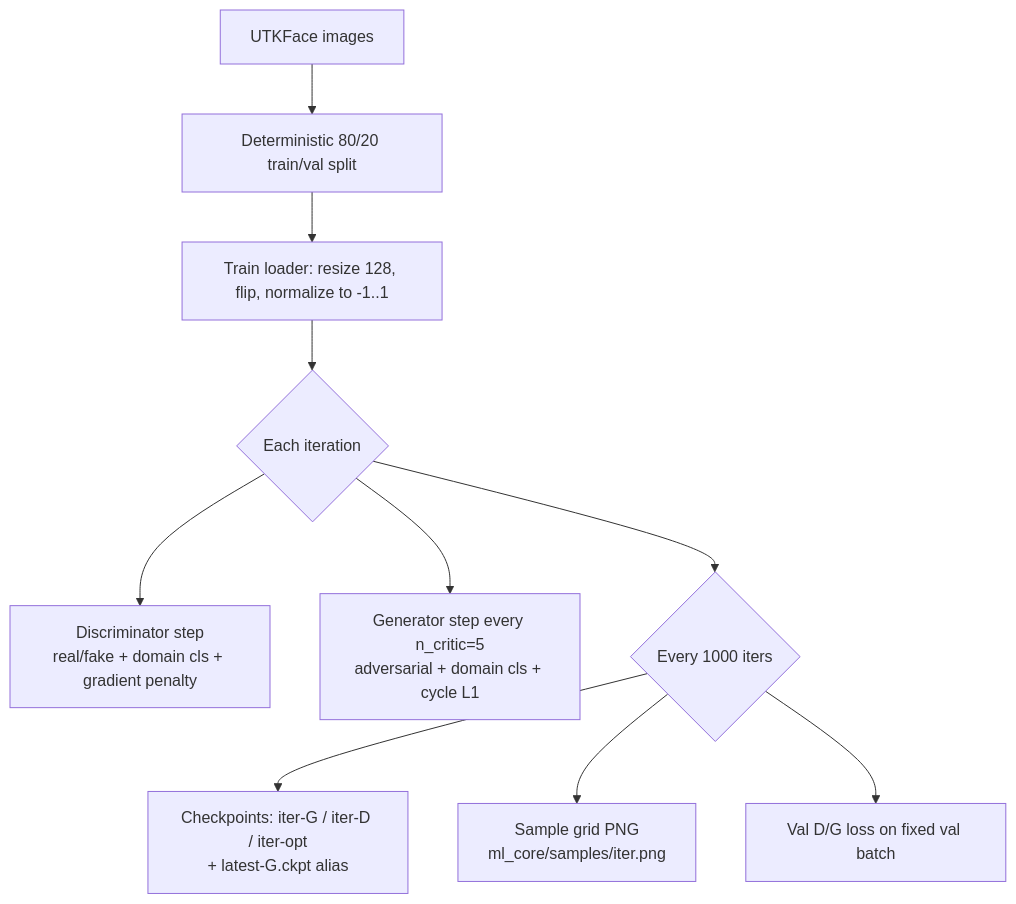
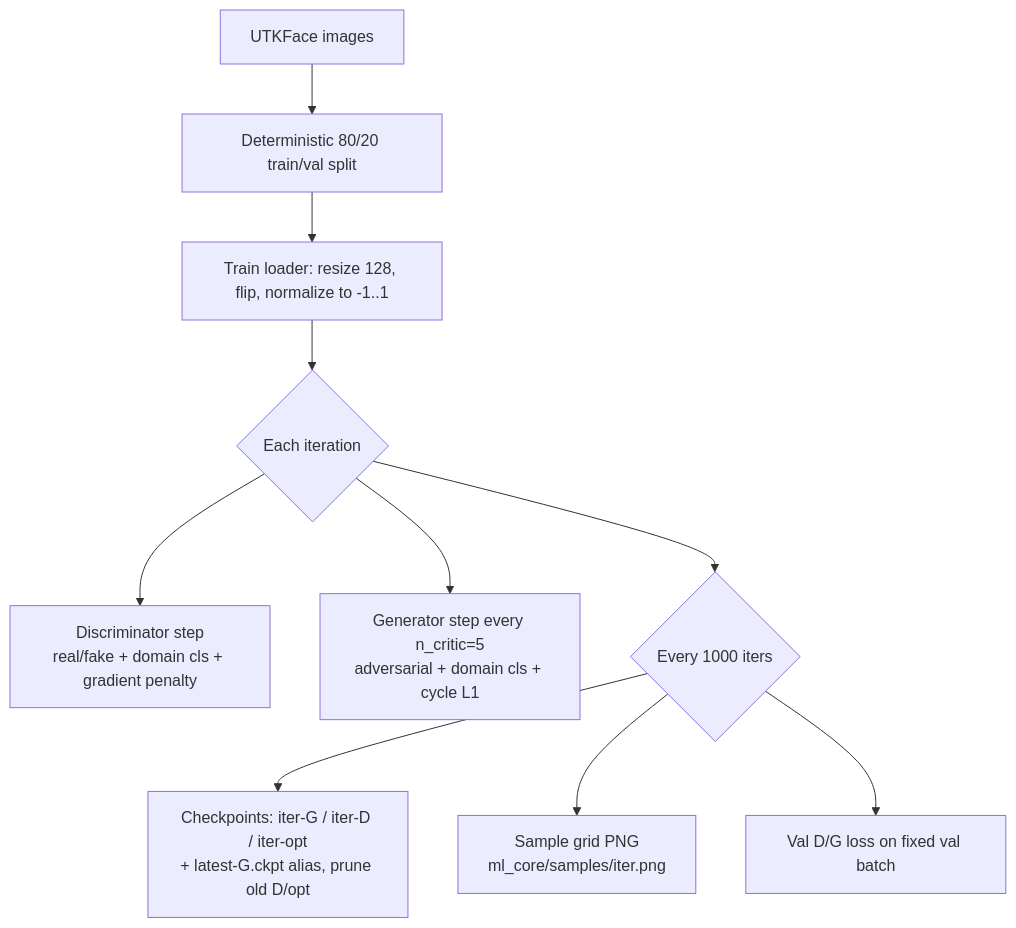
One commit to ojas3010/facial-age-progression-gan changed the second of 2 diagrams in README.md. Above: the diagram before and after it, drawn with Mermaid. The commit also changed other lines of this file and 13 other files, not shown here.

````diff
--- a/README.md
+++ b/README.md
@@ -147,12 +173,12 @@
 ```mermaid
 flowchart TD
     A[UTKFace images] --> S[Deterministic 80/20 train/val split]
     S --> B[Train loader: resize 128, flip, normalize to -1..1]
     B --> C{Each iteration}
     C --> D[Discriminator step<br/>real/fake + domain cls + gradient penalty]
     C --> E[Generator step every n_critic=5<br/>adversarial + domain cls + cycle L1]
     C --> F{Every 1000 iters}
-    F --> G[Checkpoints: iter-G / iter-D / iter-opt<br/>+ latest-G.ckpt alias]
+    F --> G[Checkpoints: iter-G / iter-D / iter-opt<br/>+ latest-G.ckpt alias, prune old D/opt]
     F --> H[Sample grid PNG<br/>ml_core/samples/iter.png]
     F --> V[Val D/G loss on fixed val batch]
 ```
````
